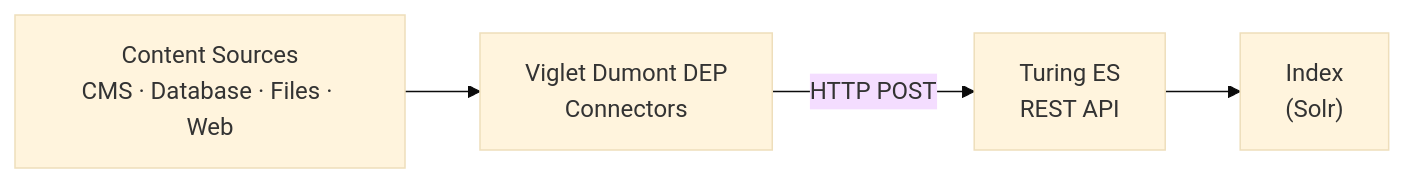
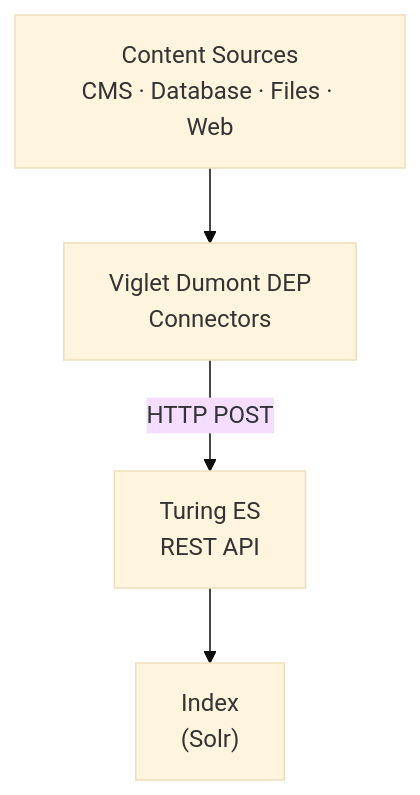
Before and after one commit to openviglet/docs: the first of 2 diagrams in docs-turing/getting-started/core-concepts.md, drawn with Mermaid (base theme). The commit also changed 27 other files, not shown here.

````diff
--- a/docs-turing/getting-started/core-concepts.md
+++ b/docs-turing/getting-started/core-concepts.md
@@ -36,11 +36,11 @@
 ```mermaid
-graph LR
+graph TB
     SRC["Content Sources\nCMS · Database · Files · Web"]
     DEP["Viglet Dumont DEP\nConnectors"]
     TES["Turing ES\nREST API"]
     IDX["Index\n(Solr)"]
 
     SRC --> DEP
     DEP -->|"HTTP POST"| TES
     TES --> IDX
 ```
````
